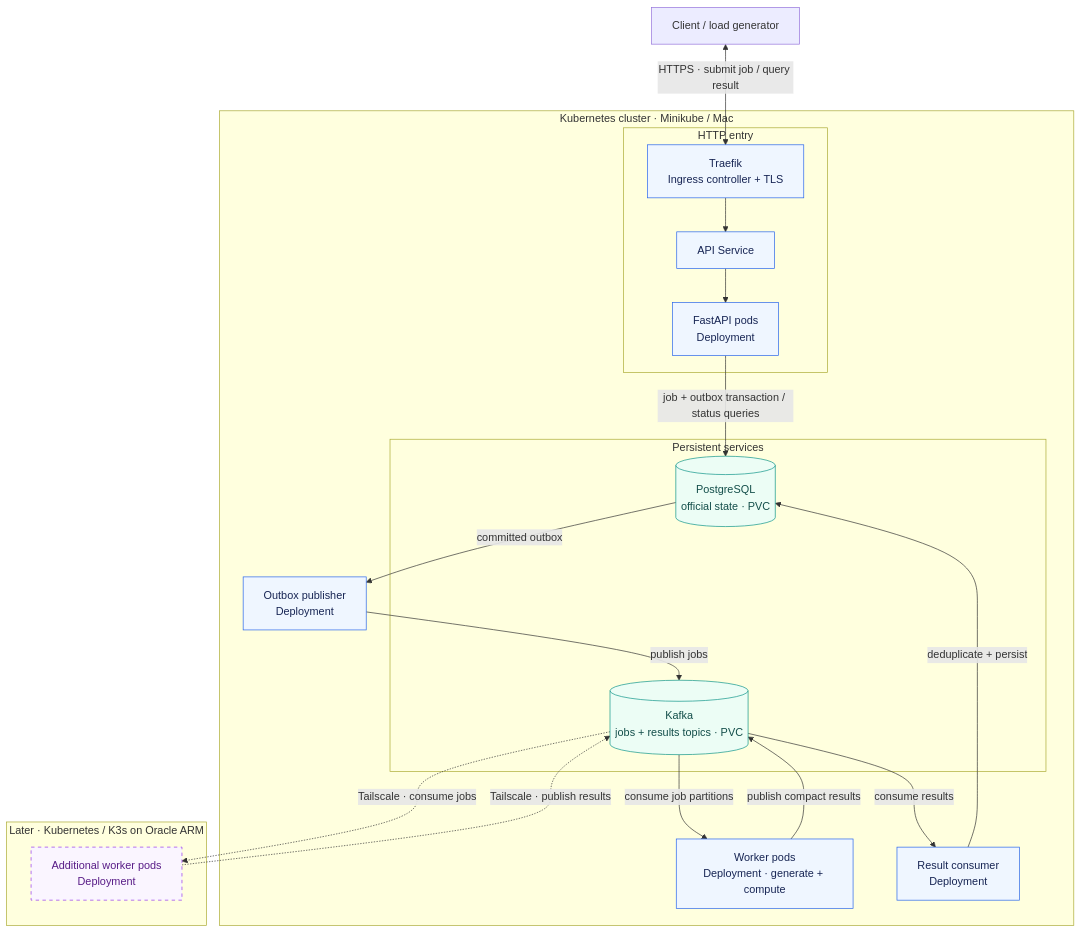
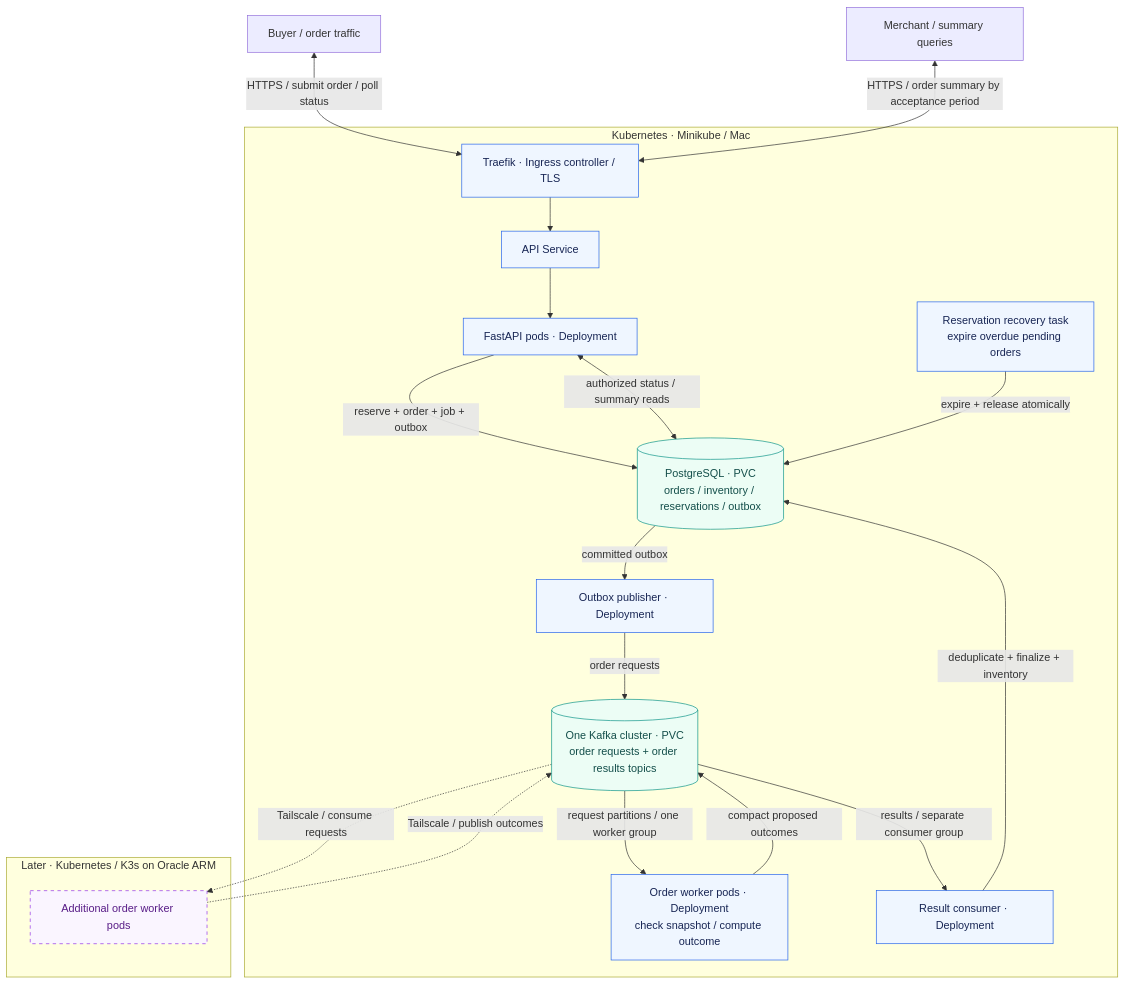
Before and after one commit to thiagogenez/labflow: the diagram in README.md, drawn with Mermaid. The commit also changed other lines of this file and 3 other files, not shown here.

Commit message:
docs: align README and diagrams with order contract

````diff
--- a/README.md
+++ b/README.md
@@ -95,46 +96,44 @@
 ```mermaid
 flowchart TB
-    client["Client / load generator"]
+    buyer["Buyer / order traffic"]
+    merchant["Merchant / summary queries"]
 
-    subgraph core["Kubernetes cluster · Minikube / Mac"]
-        subgraph entry["HTTP entry"]
-            ingress["Traefik<br/>Ingress controller + TLS"]
-            api_service["API Service"]
-            api["FastAPI pods<br/>Deployment"]
-            ingress --> api_service --> api
-        end
+    subgraph core["Kubernetes · Minikube / Mac"]
+        ingress["Traefik · Ingress controller / TLS"]
+        api_service["API Service"]
+        api["FastAPI pods · Deployment"]
+        ingress --> api_service --> api
+        db[("PostgreSQL · PVC<br/>orders / inventory / reservations / outbox")]
+        kafka[("One Kafka cluster · PVC<br/>order requests + order results topics")]
+        relay["Outbox publisher · Deployment"]
+        worker["Order worker pods · Deployment<br/>check snapshot / compute outcome"]
+        writer["Result consumer · Deployment"]
+        recovery["Reservation recovery task<br/>expire overdue pending orders"]
 
-        subgraph storage["Persistent services"]
-            db[("PostgreSQL<br/>official state · PVC")]
-            kafka[("Kafka<br/>jobs + results topics · PVC")]
-        end
-
-        relay["Outbox publisher<br/>Deployment"]
-        worker["Worker pods<br/>Deployment · generate + compute"]
-        writer["Result consumer<br/>Deployment"]
-
-        api -->|"job + outbox transaction / status queries"| db
+        api -->|"reserve + order + job + outbox"| db
+        api <-->|"authorized status / summary reads"| db
         db -->|"committed outbox"| relay
-        relay -->|"publish jobs"| kafka
-        kafka -->|"consume job partitions"| worker
-        worker -->|"publish compact results"| kafka
-        kafka -->|"consume results"| writer
-        writer -->|"deduplicate + persist"| db
+        relay -->|"order requests"| kafka
+        kafka -->|"request partitions / one worker group"| worker
+        worker -->|"compact proposed outcomes"| kafka
+        kafka -->|"results / separate consumer group"| writer
+        writer -->|"deduplicate + finalize + inventory"| db
+        recovery -->|"expire + release atomically"| db
     end
 
-    client <-->|"HTTPS · submit job / query result"| ingress
+    buyer <-->|"HTTPS / submit order / poll status"| ingress
+    merchant <-->|"HTTPS / order summary by acceptance period"| ingress
 
     subgraph remote["Later · Kubernetes / K3s on Oracle ARM"]
-        extra["Additional worker pods<br/>Deployment"]
+        extra["Additional order worker pods"]
     end
-
-    kafka -.->|"Tailscale · consume jobs"| extra
-    extra -.->|"Tailscale · publish results"| kafka
+    kafka -.->|"Tailscale / consume requests"| extra
+    extra -.->|"Tailscale / publish outcomes"| kafka
 
     classDef service fill:#eff6ff,stroke:#2563eb,color:#172554
     classDef data fill:#ecfdf5,stroke:#0d9488,color:#134e4a
     classDef future fill:#faf5ff,stroke:#9333ea,color:#581c87,stroke-dasharray:5 5
-    class api,relay,worker,writer,ingress,api_service service
+    class api,relay,worker,writer,recovery,ingress,api_service service
     class db,kafka data
     class extra future
 ```
````
